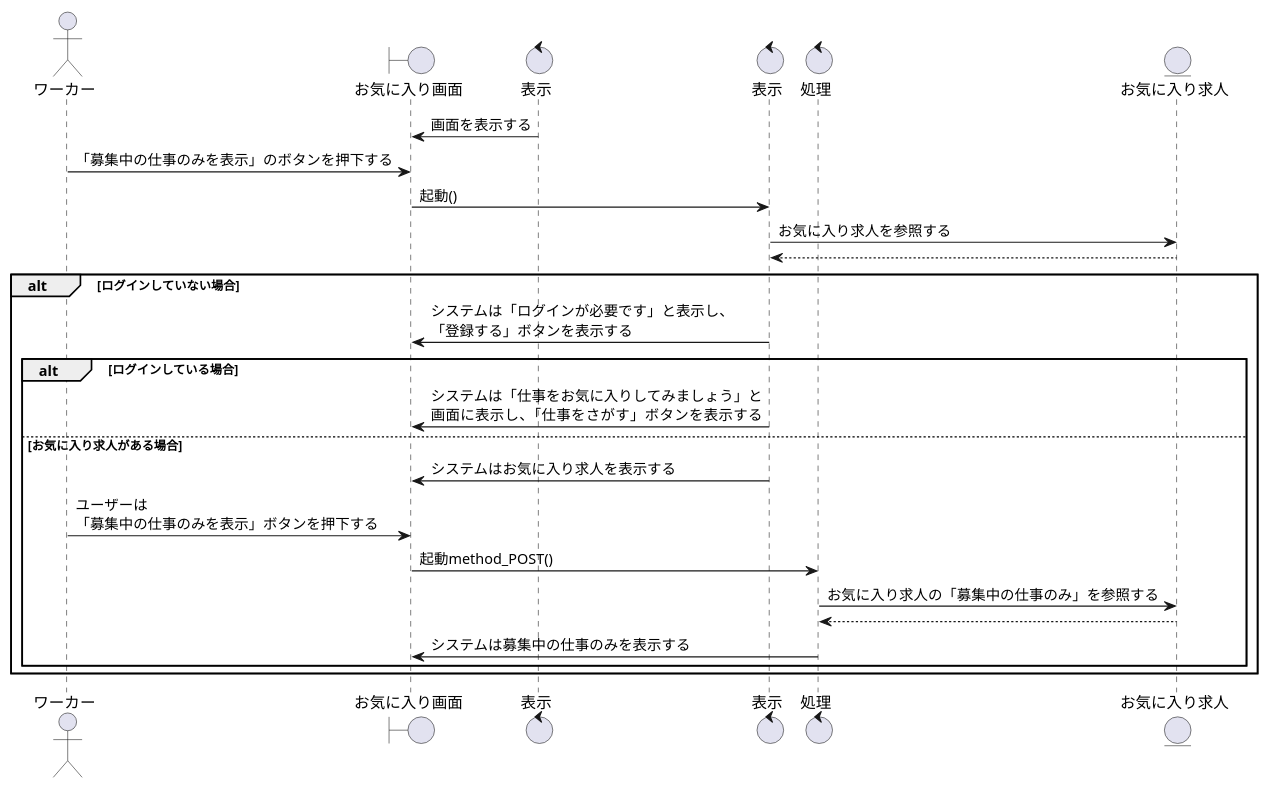
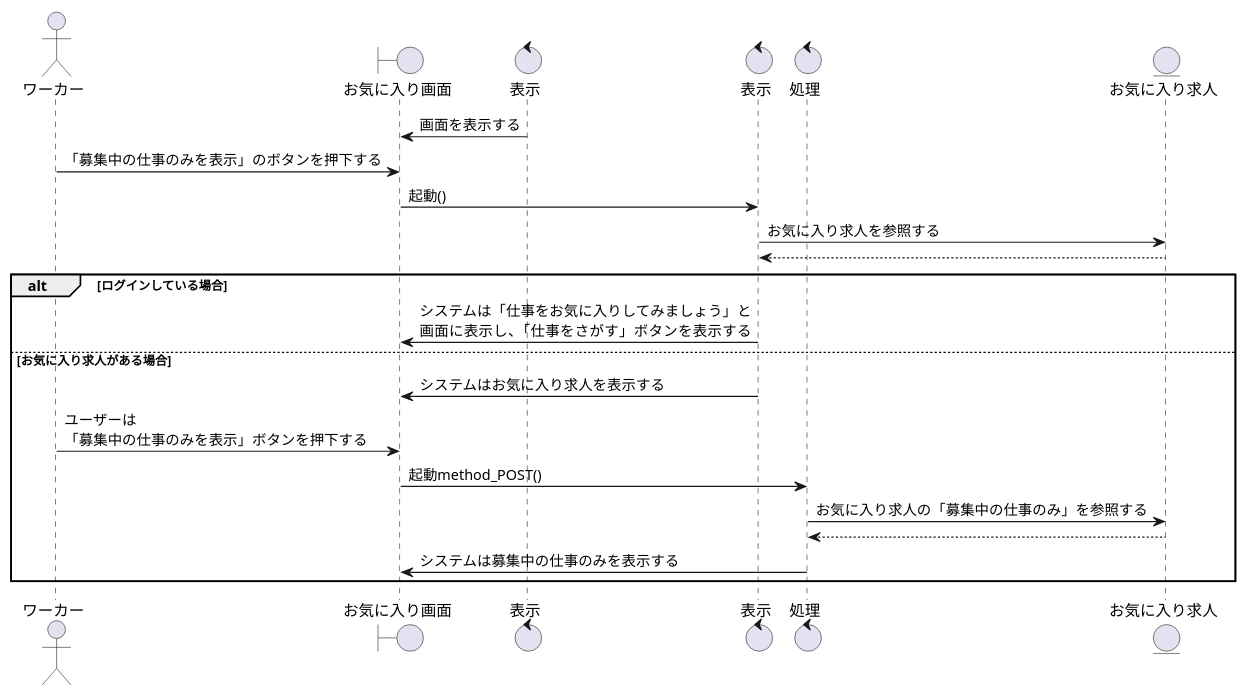
One commit to irukacb256/high_Me changed the diagram in sequence_fig/3_favorite_fn/2_お気に入り求人の絞り込みをする.pu. Above: the diagram before and after it, drawn with PlantUML. The commit also changed 13 other files, not shown here.

```diff
--- a/sequence_fig/3_favorite_fn/2_お気に入り求人の絞り込みをする.pu
+++ b/sequence_fig/3_favorite_fn/2_お気に入り求人の絞り込みをする.pu
@@ -1,39 +1,35 @@
 @startuml お気に入り求人の絞り込みをする
 
 ' 1
 actor ワーカー as wo1
 boundary お気に入り画面 as fv1
 control 表示 as co1
 control 表示 as co2
 
 control 処理 as co3
 
 entity お気に入り求人 as fa1
 
 ' 2
 fv1 <- co1 :画面を表示する
 wo1 -> fv1 :「募集中の仕事のみを表示」のボタンを押下する
 fv1 -> co2 :起動()
 co2 -> fa1 : お気に入り求人を参照する
 co2 <-- fa1
 
 
-alt ログインしていない場合
-    co2 -> fv1 : システムは「ログインが必要です」と表示し、\n「登録する」ボタンを表示する　    
 
     alt ログインしている場合
         co2 -> fv1 : システムは「仕事をお気に入りしてみましょう」と\n画面に表示し、「仕事をさがす」ボタンを表示する
 
     else お気に入り求人がある場合
         co2 -> fv1 : システムはお気に入り求人を表示する
         wo1 -> fv1 : ユーザーは\n「募集中の仕事のみを表示」ボタンを押下する
         fv1 -> co3 : 起動method_POST()
         co3 -> fa1 : お気に入り求人の「募集中の仕事のみ」を参照する
         co3 <-- fa1
         co3 -> fv1 : システムは募集中の仕事のみを表示する
 
-    end
-
 end
 
 @enduml
```
